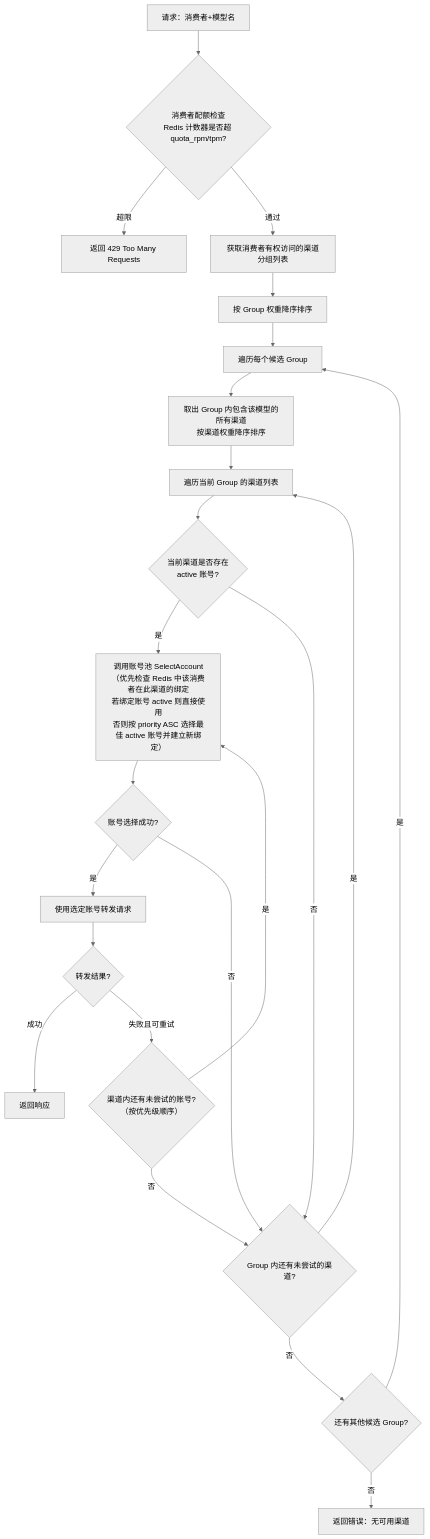
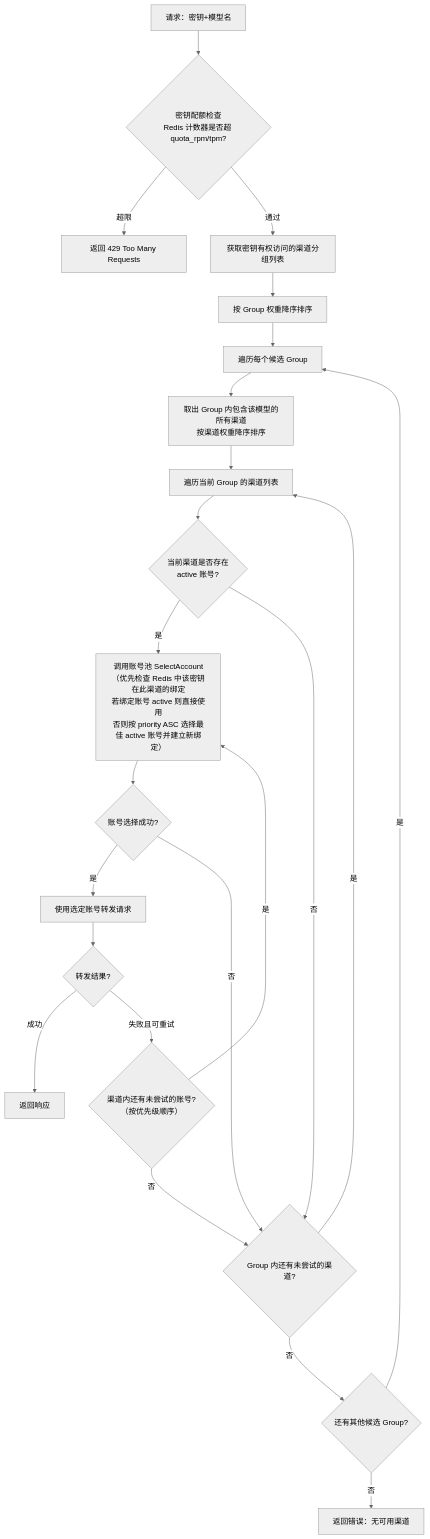
The fourth of 4 diagrams in docs/architecture/01-总体设计方案.md (silestar/AIGateway), drawn with Mermaid (neutral theme) before and after one commit. The commit also changed other lines of this file and 45 other files, not shown here.

First line of the commit message:
feat: 消费者→密钥改名 + AES加密存储支持reveal + 钥匙图标复制

````diff
--- a/docs/architecture/01-总体设计方案.md
+++ b/docs/architecture/01-总体设计方案.md
@@ -227,25 +227,25 @@
 ```mermaid
 flowchart TD
-    Q[请求：消费者+模型名] --> QCheck{消费者配额检查<br>Redis 计数器是否超 quota_rpm/tpm?}
+    Q[请求：密钥+模型名] --> QCheck{密钥配额检查<br>Redis 计数器是否超 quota_rpm/tpm?}
     QCheck -->|超限| R429[返回 429 Too Many Requests]
-    QCheck -->|通过| A[获取消费者有权访问的渠道分组列表]
+    QCheck -->|通过| A[获取密钥有权访问的渠道分组列表]
     A --> C[按 Group 权重降序排序]
     C --> D[遍历每个候选 Group]
     D --> E[取出 Group 内包含该模型的所有渠道<br>按渠道权重降序排序]
     E --> F[遍历当前 Group 的渠道列表]
     F --> G{当前渠道是否存在<br>active 账号?}
-    G -->|是| H[调用账号池 SelectAccount<br>（优先检查 Redis 中该消费者在此渠道的绑定<br>若绑定账号 active 则直接使用<br>否则按 priority ASC 选择最佳 active 账号并建立新绑定）]
+    G -->|是| H[调用账号池 SelectAccount<br>（优先检查 Redis 中该密钥在此渠道的绑定<br>若绑定账号 active 则直接使用<br>否则按 priority ASC 选择最佳 active 账号并建立新绑定）]
     H --> I{账号选择成功?}
     I -->|是| J[使用选定账号转发请求]
     J --> K{转发结果?}
     K -->|成功| L[返回响应]
     K -->|失败且可重试| M{渠道内还有未尝试的账号?<br>（按优先级顺序）}
     M -->|是| H
     M -->|否| N{Group 内还有未尝试的渠道?}
     N -->|是| F
     N -->|否| O{还有其他候选 Group?}
     O -->|是| D
     O -->|否| P[返回错误：无可用渠道]
     G -->|否| N
     I -->|否| N
 ```
````
